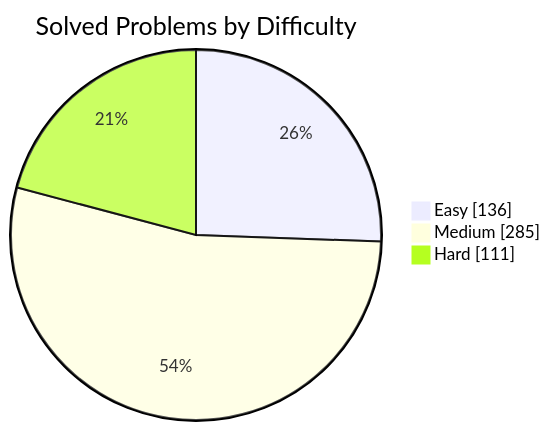
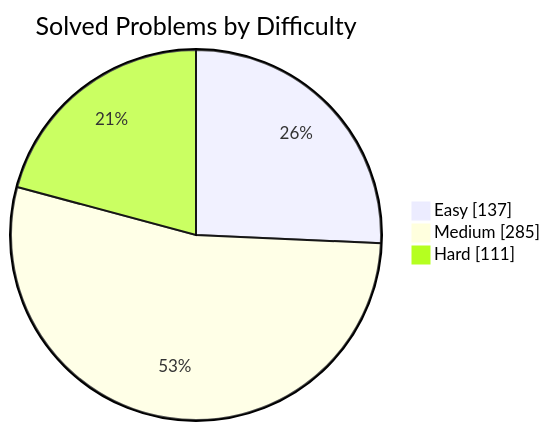
The first of 2 diagrams in README.md (manikantbindass/DSA-Preparation-FAANG), drawn with Mermaid before and after one commit. The commit also changed other lines of this file and 1 other file, not shown here.

````diff
--- a/README.md
+++ b/README.md
@@ -79,7 +79,7 @@
 ```mermaid
 pie showData
     title Solved Problems by Difficulty
-    "Easy" : 136
+    "Easy" : 137
     "Medium" : 285
     "Hard" : 111
 ```
````
